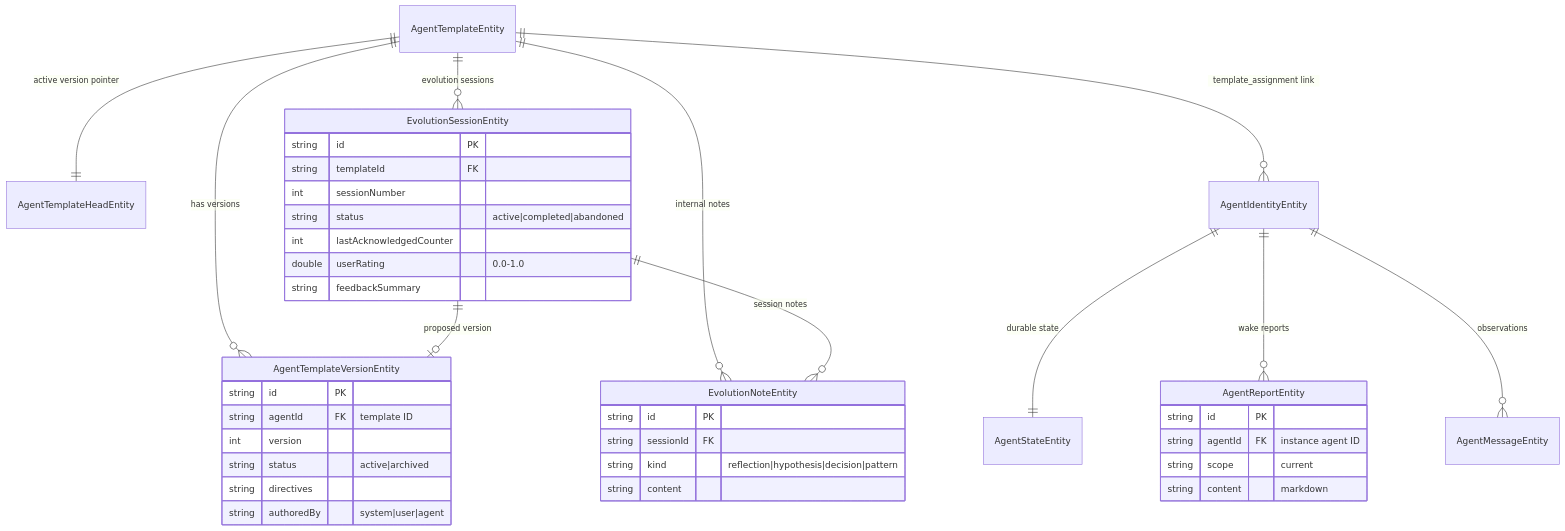
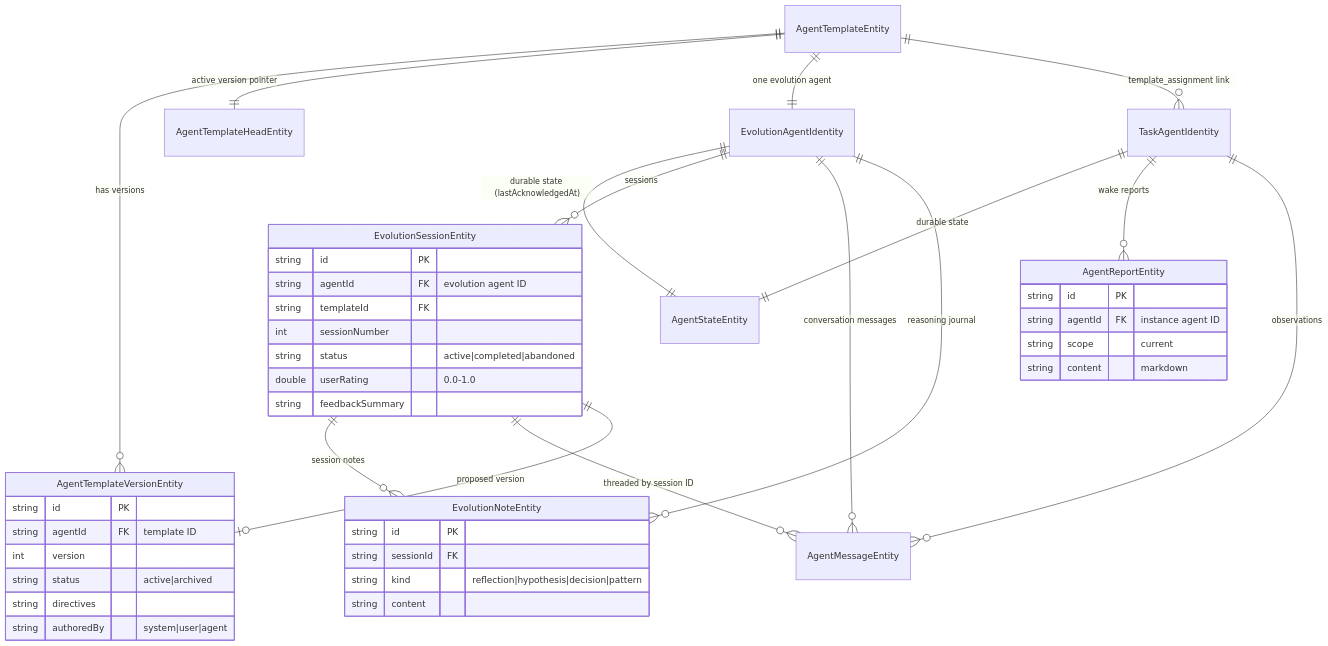
The first of 8 diagrams in docs/implementation_plans/2026-02-26_template_evolution_agent_lifecycle.md (matthiasn/lotti), drawn with Mermaid before and after one commit. The commit also changed other lines of this file and 12 other files, not shown here.

````diff
--- a/docs/implementation_plans/2026-02-26_template_evolution_agent_lifecycle.md
+++ b/docs/implementation_plans/2026-02-26_template_evolution_agent_lifecycle.md
@@ -192,48 +183,53 @@
 ```mermaid
 erDiagram
     AgentTemplateEntity ||--o{ AgentTemplateVersionEntity : "has versions"
     AgentTemplateEntity ||--|| AgentTemplateHeadEntity : "active version pointer"
-    AgentTemplateEntity ||--o{ EvolutionSessionEntity : "evolution sessions"
-    AgentTemplateEntity ||--o{ EvolutionNoteEntity : "internal notes"
-    AgentTemplateEntity ||--o{ AgentIdentityEntity : "template_assignment link"
+    AgentTemplateEntity ||--|| EvolutionAgentIdentity : "one evolution agent"
+    AgentTemplateEntity ||--o{ TaskAgentIdentity : "template_assignment link"
+
+    EvolutionAgentIdentity ||--|| AgentStateEntity : "durable state (lastAcknowledgedAt)"
+    EvolutionAgentIdentity ||--o{ EvolutionSessionEntity : "sessions"
+    EvolutionAgentIdentity ||--o{ AgentMessageEntity : "conversation messages"
+    EvolutionAgentIdentity ||--o{ EvolutionNoteEntity : "reasoning journal"
 
     EvolutionSessionEntity ||--o{ EvolutionNoteEntity : "session notes"
+    EvolutionSessionEntity ||--o{ AgentMessageEntity : "threaded by session ID"
     EvolutionSessionEntity ||--o| AgentTemplateVersionEntity : "proposed version"
 
-    AgentIdentityEntity ||--|| AgentStateEntity : "durable state"
-    AgentIdentityEntity ||--o{ AgentReportEntity : "wake reports"
-    AgentIdentityEntity ||--o{ AgentMessageEntity : "observations"
+    TaskAgentIdentity ||--|| AgentStateEntity : "durable state"
+    TaskAgentIdentity ||--o{ AgentReportEntity : "wake reports"
+    TaskAgentIdentity ||--o{ AgentMessageEntity : "observations"
 
     AgentTemplateVersionEntity {
         string id PK
         string agentId FK "template ID"
         int version
         string status "active|archived"
         string directives
         string authoredBy "system|user|agent"
     }
 
     EvolutionSessionEntity {
         string id PK
+        string agentId FK "evolution agent ID"
         string templateId FK
         int sessionNumber
         string status "active|completed|abandoned"
-        int lastAcknowledgedCounter
         double userRating "0.0-1.0"
         string feedbackSummary
     }
 
     EvolutionNoteEntity {
         string id PK
         string sessionId FK
         string kind "reflection|hypothesis|decision|pattern"
         string content
     }
 
     AgentReportEntity {
         string id PK
         string agentId FK "instance agent ID"
         string scope "current"
         string content "markdown"
     }
 ```
````
